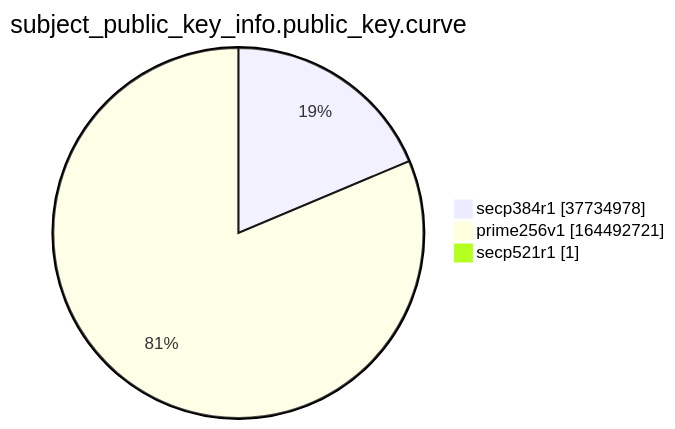
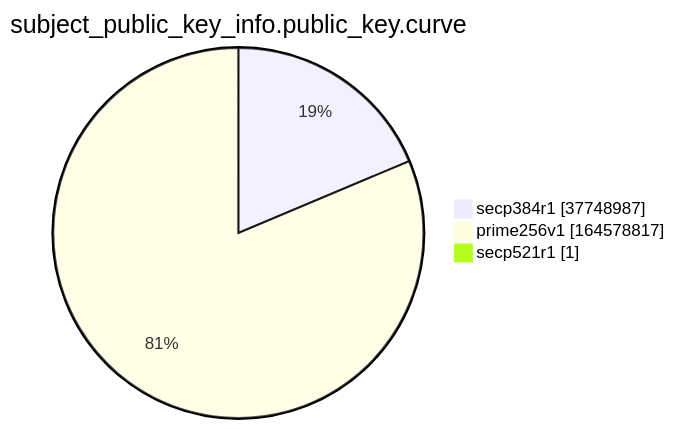
One commit to christiankrug/ctmonitor_visualization changed the ninth of 15 diagrams in argon2022/README.md. Above: the diagram before and after it, drawn with Mermaid. The commit also changed other lines of this file, not shown here.

````diff
--- a/argon2022/README.md
+++ b/argon2022/README.md
@@ -2766,7 +2766,7 @@
 ```mermaid
 pie showData
 title subject_public_key_info.public_key.curve
-"secp384r1" :37734978
-"prime256v1" :164492721
+"secp384r1" :37748987
+"prime256v1" :164578817
 "secp521r1" :1
 ```
````
